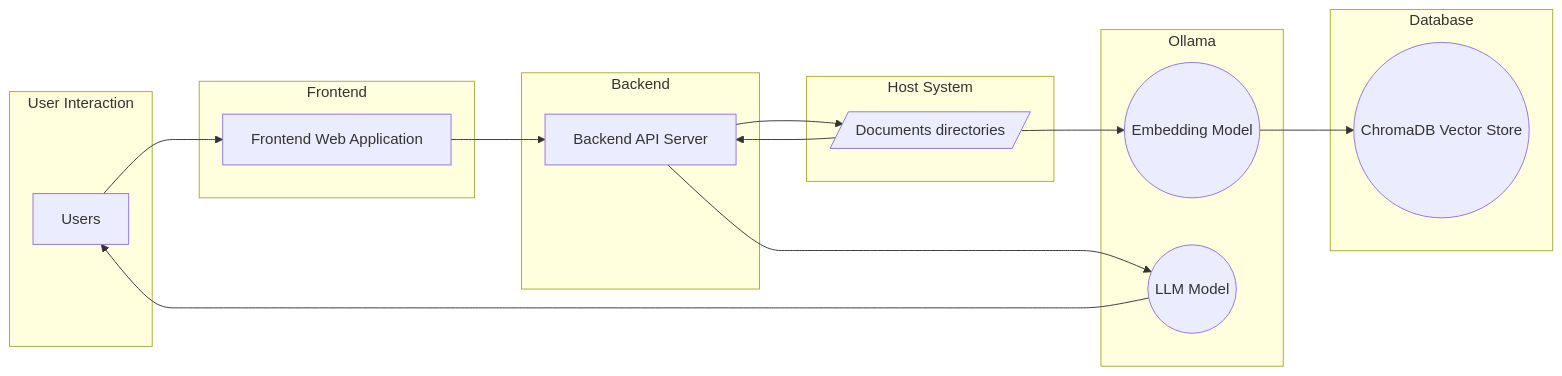
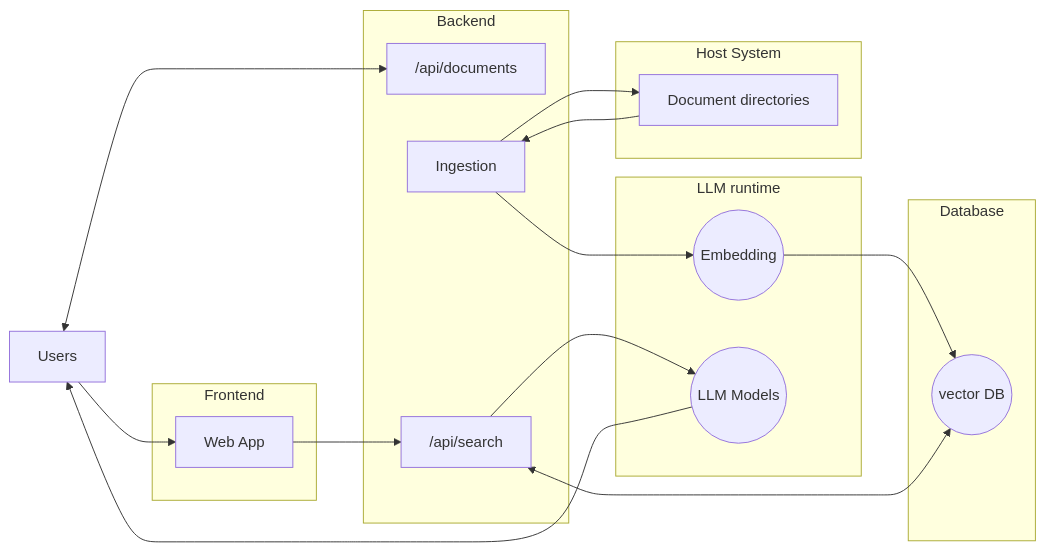
Before and after one commit to beezy-dev/abacc-rag: the diagram in DOCS.md, drawn with Mermaid.

````diff
--- a/DOCS.md
+++ b/DOCS.md
@@ -96,33 +96,35 @@
 ```mermaid
 flowchart LR
-    subgraph User Interaction
-        A[Users]
+    A[Users]
+
+    subgraph Frontend
+        B[Web App]
     end
 
-    subgraph Frontend
-        B[Frontend Web Application]
-    end
-
-    subgraph Backend 
-        C[Backend API Server]
+    subgraph Backend
+        H["/api/documents"]
+        C[Ingestion]
+        E["/api/search"]
     end
 
     subgraph Database 
-        D((ChromaDB Vector Store))
+        D((vector DB))
     end
 
-    subgraph Ollama
-        F((Embedding Model))
-        G((LLM Model))
+    subgraph LLM runtime
+        F((Embedding))
+        G((LLM Models))
     end
 
     subgraph Host System
-        I[/Documents directories/]
+        I[Document directories]
     end
 
     %% Document processing
-    C --> I --> F --> D
-    I --> C
+    C --> I --> C
+    C --> F --> D
     %% Prompting
-    A --> B --> C --> G --> A
+    A <--> H
+    A --> B --> E <--> D
+    E --> G --> A
 ```
````
